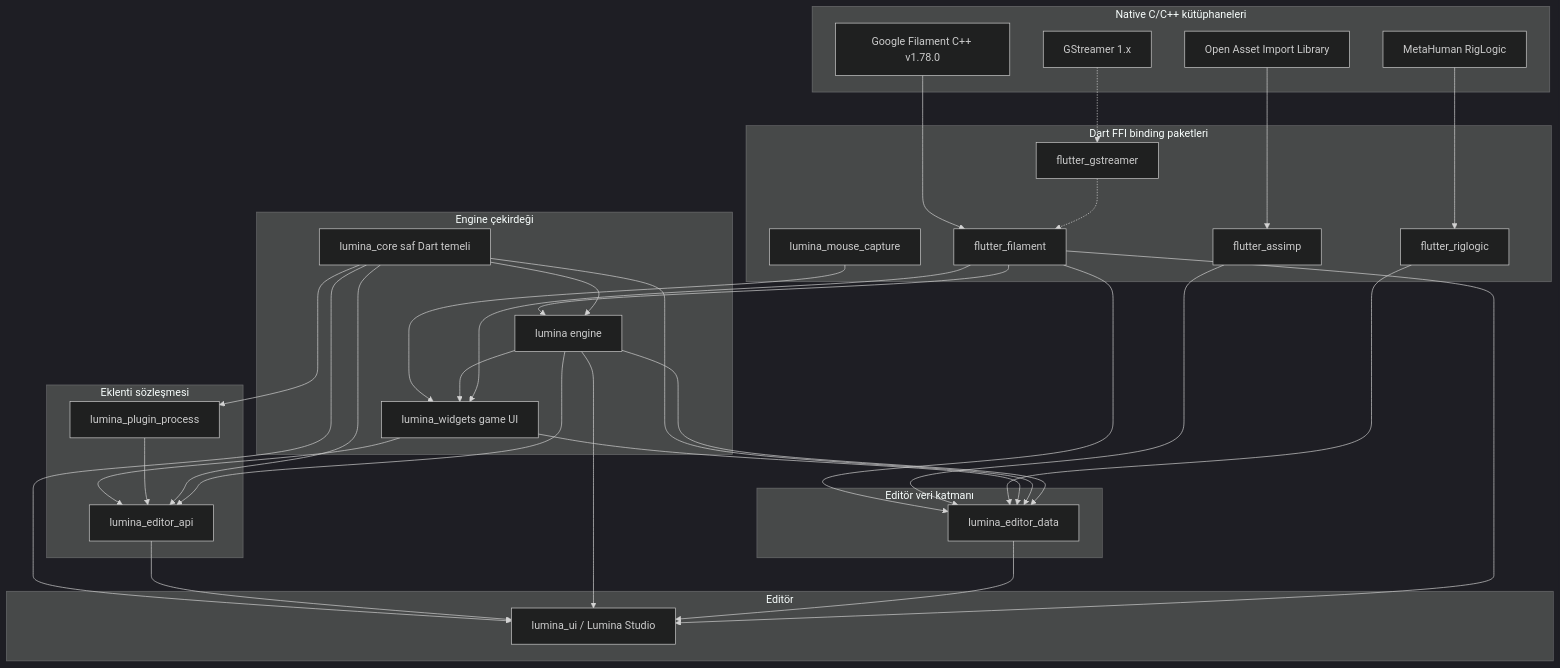
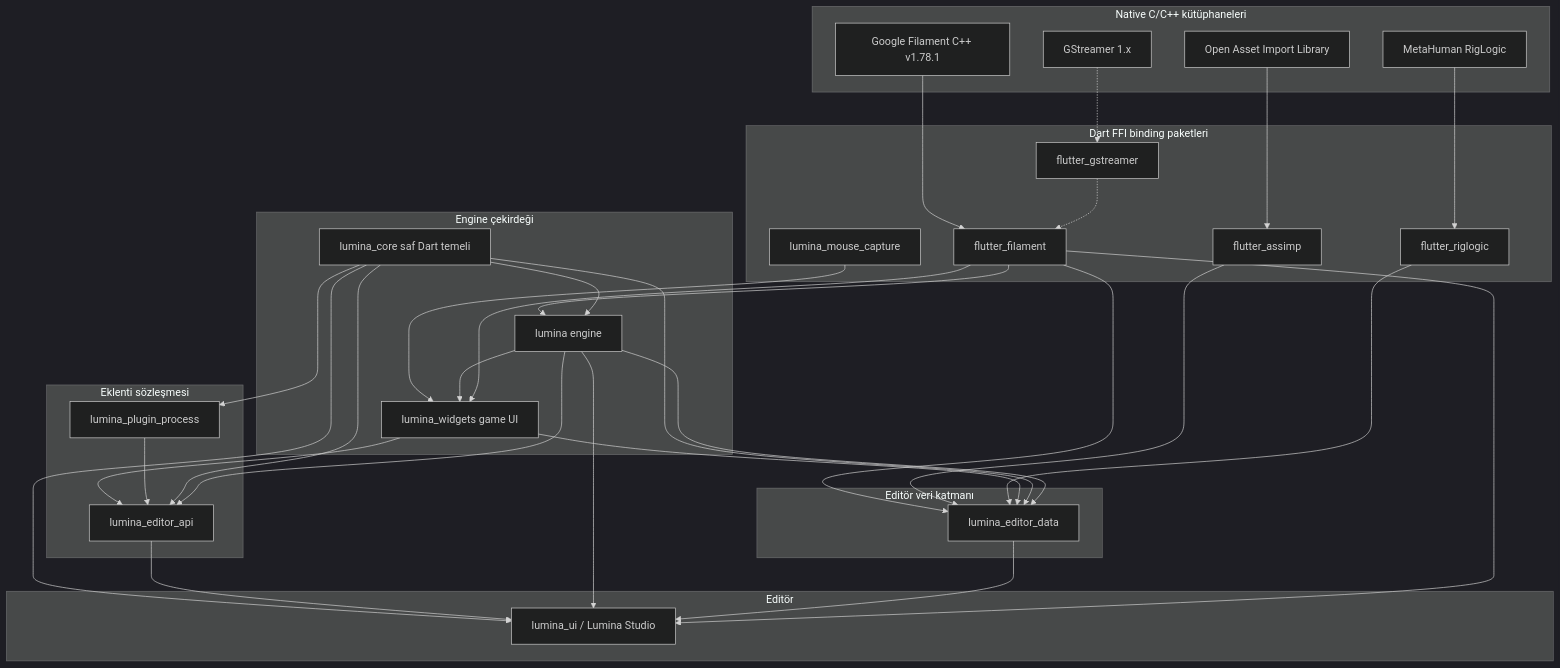
Before and after one commit to LuminaGame/lumina: the diagram in docs/tr/overview/layers.md, drawn with Mermaid (dark theme). The commit also changed other lines of this file and 20 other files, not shown here.

````diff
--- a/docs/tr/overview/layers.md
+++ b/docs/tr/overview/layers.md
@@ -11,66 +11,66 @@
 ```mermaid
 graph TD
     subgraph C_Level [Native C/C++ kütüphaneleri]
-        FilamentCPP[Google Filament C++ v1.78.0]
+        FilamentCPP[Google Filament C++ v1.78.1]
         AssimpCPP[Open Asset Import Library]
         RigLogicCPP[MetaHuman RigLogic]
         GStreamerC[GStreamer 1.x]
     end
 
     subgraph FFI_Level [Dart FFI binding paketleri]
         FlutterFilament[flutter_filament]
         FlutterAssimp[flutter_assimp]
         FlutterRiglogic[flutter_riglogic]
         FlutterGStreamer[flutter_gstreamer]
         MouseCapture[lumina_mouse_capture]
     end
 
     subgraph Core_Level [Engine çekirdeği]
         PureCore[lumina_core saf Dart temeli]
         LuminaCore[lumina engine]
         LuminaWidgets[lumina_widgets game UI]
     end
 
     subgraph Data_Level [Editör veri katmanı]
         LuminaData[lumina_editor_data]
     end
 
     subgraph Plugin_Level [Eklenti sözleşmesi]
         PluginProcess[lumina_plugin_process]
         EditorAPI[lumina_editor_api]
     end
 
     subgraph Studio_Level [Editör]
         LuminaUI[lumina_ui / Lumina Studio]
     end
 
     FilamentCPP --> FlutterFilament
     AssimpCPP --> FlutterAssimp
     RigLogicCPP --> FlutterRiglogic
     GStreamerC -.-> FlutterGStreamer
 
     FlutterFilament --> LuminaCore
     FlutterFilament --> LuminaData
     FlutterAssimp --> LuminaData
     FlutterRiglogic --> LuminaData
     MouseCapture --> LuminaWidgets
     LuminaCore --> LuminaWidgets
     FlutterFilament --> LuminaWidgets
     LuminaWidgets --> LuminaData
     LuminaWidgets --> EditorAPI
     FlutterGStreamer -.-> FlutterFilament
 
     PureCore --> LuminaCore
     PureCore --> LuminaData
     PureCore --> PluginProcess
     PluginProcess --> EditorAPI
     PureCore --> EditorAPI
     PureCore --> LuminaUI
     LuminaCore --> LuminaData
     LuminaCore --> EditorAPI
 
     EditorAPI --> LuminaUI
     LuminaCore --> LuminaUI
     LuminaData --> LuminaUI
     FlutterFilament --> LuminaUI
 ```
````
